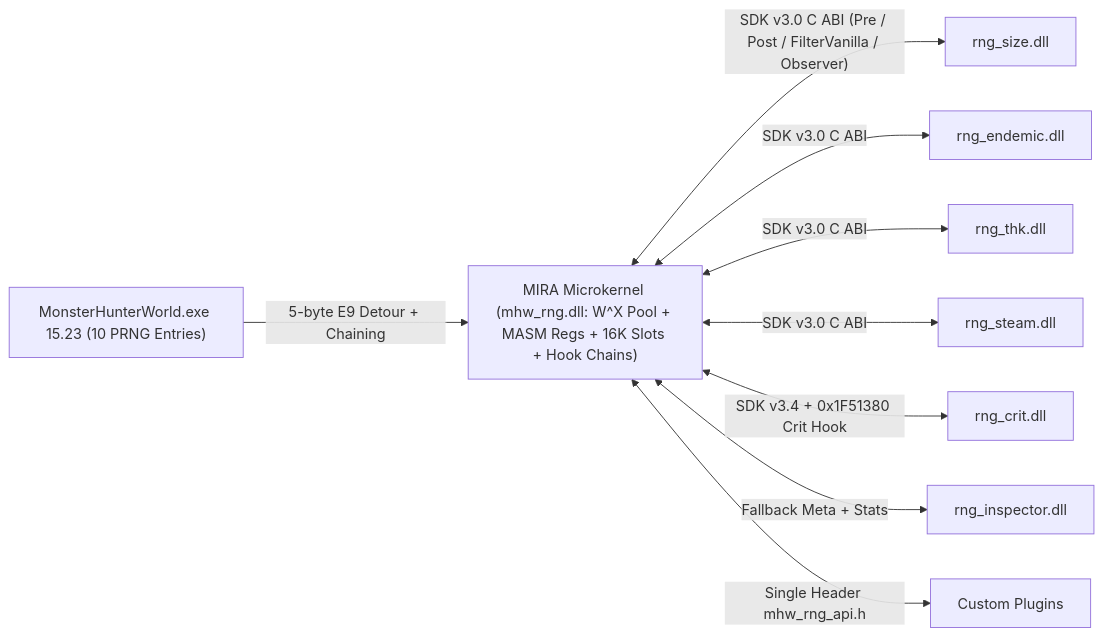
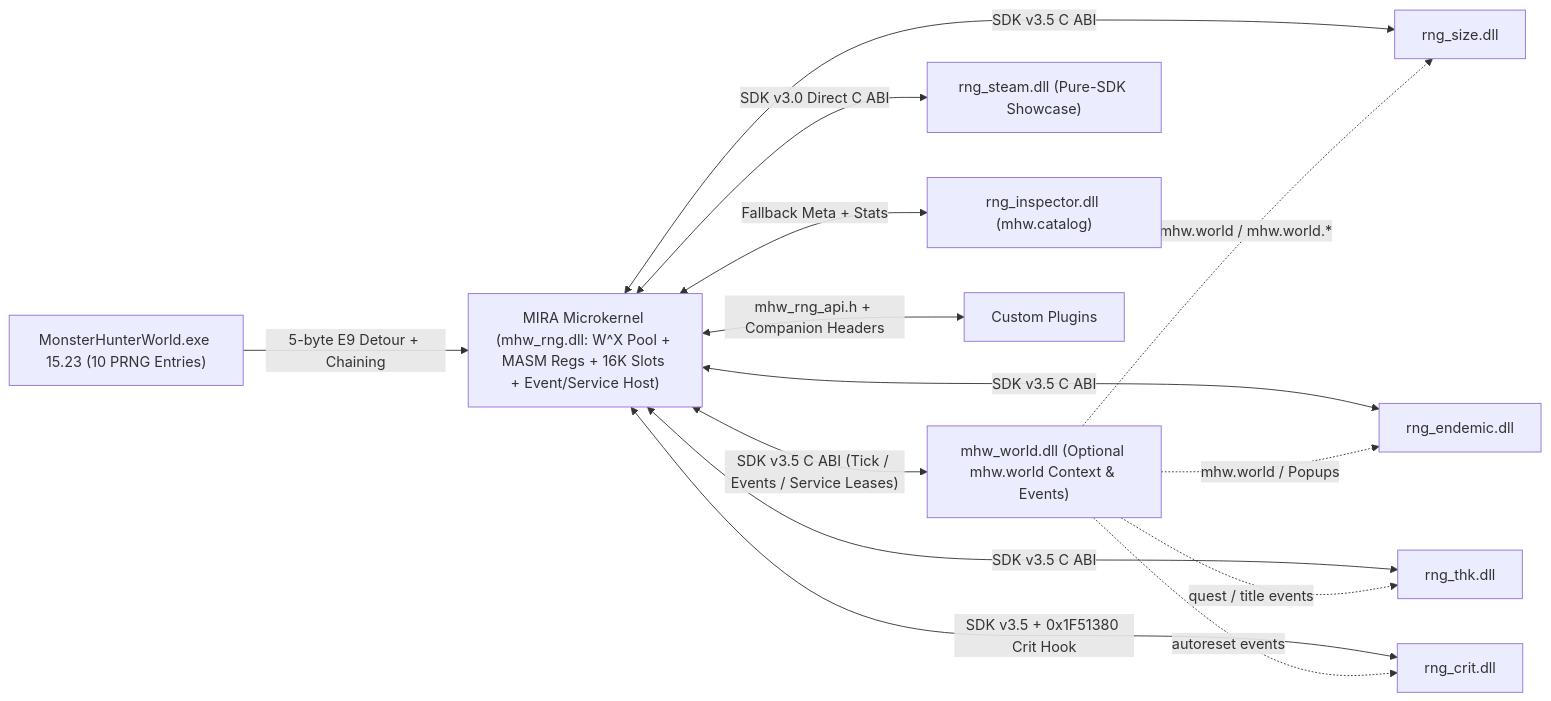
One commit to Miraboreasyu/mhw-rng changed the diagram in README.md. Above: the diagram before and after it, drawn with Mermaid. The commit also changed other lines of this file and 18 other files, not shown here.

Commit message:
feat(sdk v3.5): add tick/event/service primitives, companion SDK, mhw_world.dll and refactor official plugins

````diff
--- a/README.md
+++ b/README.md
@@ -26,21 +26,27 @@
 ```mermaid
 flowchart LR
     Game["MonsterHunterWorld.exe 15.23 (10 PRNG Entries)"]
-    Kernel["MIRA Microkernel (mhw_rng.dll: W^X Pool + MASM Regs + 16K Slots + Hook Chains)"]
+    Kernel["MIRA Microkernel (mhw_rng.dll: W^X Pool + MASM Regs + 16K Slots + Event/Service Host)"]
+    World["mhw_world.dll (Optional mhw.world Context & Events)"]
     PlugSize["rng_size.dll"]
     PlugEnd["rng_endemic.dll"]
     PlugThk["rng_thk.dll"]
-    PlugSteam["rng_steam.dll"]
+    PlugSteam["rng_steam.dll (Pure-SDK Showcase)"]
     PlugCrit["rng_crit.dll"]
-    PlugInsp["rng_inspector.dll"]
+    PlugInsp["rng_inspector.dll (mhw.catalog)"]
     PlugCustom["Custom Plugins"]
 
     Game -->|"5-byte E9 Detour + Chaining"| Kernel
-    Kernel <-->|"SDK v3.0 C ABI (Pre / Post / FilterVanilla / Observer)"| PlugSize
-    Kernel <-->|"SDK v3.0 C ABI"| PlugEnd
-    Kernel <-->|"SDK v3.0 C ABI"| PlugThk
-    Kernel <-->|"SDK v3.0 C ABI"| PlugSteam
-    Kernel <-->|"SDK v3.4 + 0x1F51380 Crit Hook"| PlugCrit
+    Kernel <-->|"SDK v3.5 C ABI (Tick / Events / Service Leases)"| World
+    Kernel <-->|"SDK v3.5 C ABI"| PlugSize
+    Kernel <-->|"SDK v3.5 C ABI"| PlugEnd
+    Kernel <-->|"SDK v3.5 C ABI"| PlugThk
+    Kernel <-->|"SDK v3.0 Direct C ABI"| PlugSteam
+    Kernel <-->|"SDK v3.5 + 0x1F51380 Crit Hook"| PlugCrit
     Kernel <-->|"Fallback Meta + Stats"| PlugInsp
-    Kernel <-->|"Single Header mhw_rng_api.h"| PlugCustom
+    Kernel <-->|"mhw_rng_api.h + Companion Headers"| PlugCustom
+    World -.->|"mhw.world / mhw.world.*"| PlugSize
+    World -.->|"mhw.world / Popups"| PlugEnd
+    World -.->|"quest / title events"| PlugThk
+    World -.->|"autoreset events"| PlugCrit
 ```
````
